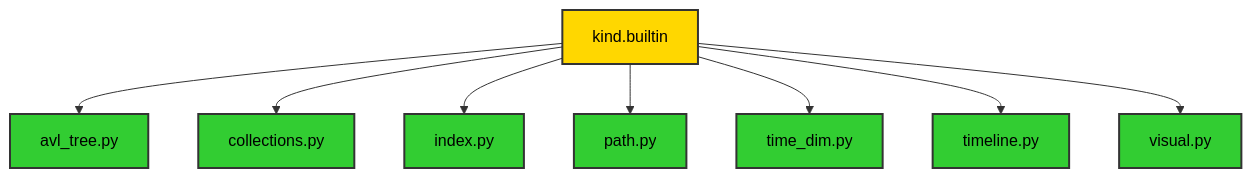
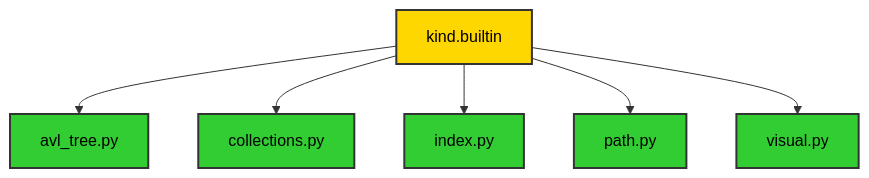
The second of 3 diagrams in docs/topics/3_layered_architecture/index.md (ikko/kind), drawn with Mermaid before and after one commit. The commit also changed other lines of this file and 78 other files, not shown here.

````diff
--- a/docs/topics/3_layered_architecture/index.md
+++ b/docs/topics/3_layered_architecture/index.md
@@ -54,19 +48,15 @@
 ```mermaid
 graph TD
     A[kind.builtin] --> B[avl_tree.py];
     A --> C[collections.py];
     A --> D[index.py];
     A --> E[path.py];
-    A --> F[time_dim.py];
-    A --> G[timeline.py];
-    A --> H[visual.py];
+    A --> F[visual.py];
 
     style A fill:#FFD700,stroke:#333,stroke-width:2px,color:#000000;
     style B fill:#32CD32,stroke:#333,stroke-width:2px,color:#000000;
     style C fill:#32CD32,stroke:#333,stroke-width:2px,color:#000000;
     style D fill:#32CD32,stroke:#333,stroke-width:2px,color:#000000;
     style E fill:#32CD32,stroke:#333,stroke-width:2px,color:#000000;
     style F fill:#32CD32,stroke:#333,stroke-width:2px,color:#000000;
-    style G fill:#32CD32,stroke:#333,stroke-width:2px,color:#000000;
-    style H fill:#32CD32,stroke:#333,stroke-width:2px,color:#000000;
 ```
````
